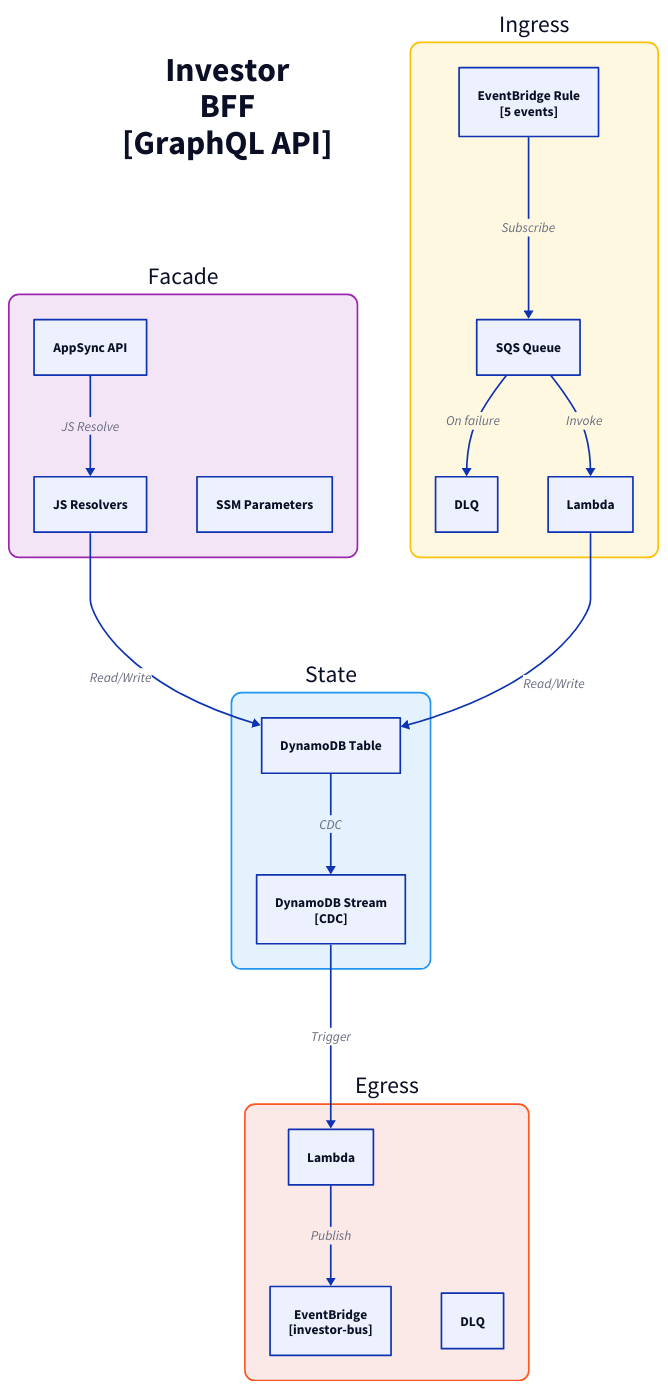
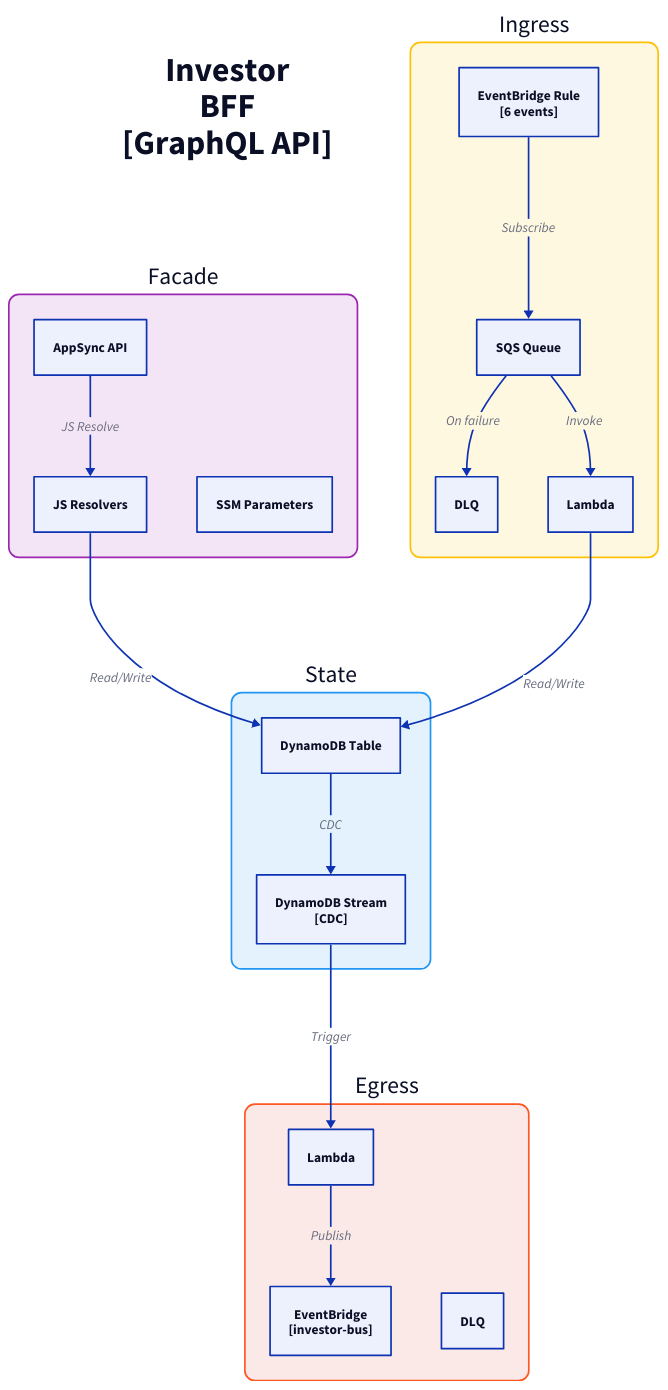
One commit to fabio-vitali/nestfolio changed the diagram in docs/architecture/c3/investor-bff.d2. Above: the diagram before and after it, drawn with D2. The commit also changed 4 other files, not shown here.

First line of the commit message:
docs: regenerate C4 diagrams and data-flow docs

```diff
--- a/docs/architecture/c3/investor-bff.d2
+++ b/docs/architecture/c3/investor-bff.d2
@@ -1,46 +1,46 @@
 direction: down
 
 title: "Investor\nBFF\n[GraphQL API]" {
   style: { font-size: 40; bold: true; fill: transparent; stroke: transparent }
 }
 
 facade: "Facade" {
   style: { fill: "#F3E5F5"; stroke: "#9C27B0"; border-radius: 12; font-size: 28 }
   appsync: "AppSync API" { class: aws-appsync }
   resolvers: "JS Resolvers" { class: aws-lambda }
   appsync -> resolvers: JS Resolve
   ssm: "SSM Parameters" { class: aws-ssm }
 }
 
 ingress: "Ingress" {
   style: { fill: "#FFF8E1"; stroke: "#FFC107"; border-radius: 12; font-size: 28 }
-  rule: "EventBridge Rule\n[5 events]" { class: aws-eventbridge }
+  rule: "EventBridge Rule\n[6 events]" { class: aws-eventbridge }
   sqs: "SQS Queue" { class: aws-sqs }
   dlq: "DLQ" { class: aws-dlq }
   handler: "Lambda" { class: aws-lambda }
 
   rule -> sqs: Subscribe
   sqs -> handler: Invoke
   sqs -> dlq: On failure
 }
 
 state: "State" {
   style: { fill: "#E3F2FD"; stroke: "#2196F3"; border-radius: 12; font-size: 28 }
   table: "DynamoDB Table" { class: aws-dynamodb }
   stream: "DynamoDB Stream\n[CDC]" { class: aws-ddb-stream }
   table -> stream: CDC
 }
 
 egress: "Egress" {
   style: { fill: "#FBE9E7"; stroke: "#FF5722"; border-radius: 12; font-size: 28 }
   processor: "Lambda" { class: aws-lambda }
   bus: "EventBridge\n[investor-bus]" { class: aws-eventbridge }
   dlq: "DLQ" { class: aws-dlq }
 
   processor -> bus: Publish
 }
 
 # Flows
 facade.resolvers -> state.table: Read/Write
 ingress.handler -> state.table: Read/Write
 state.stream -> egress.processor: Trigger
```
